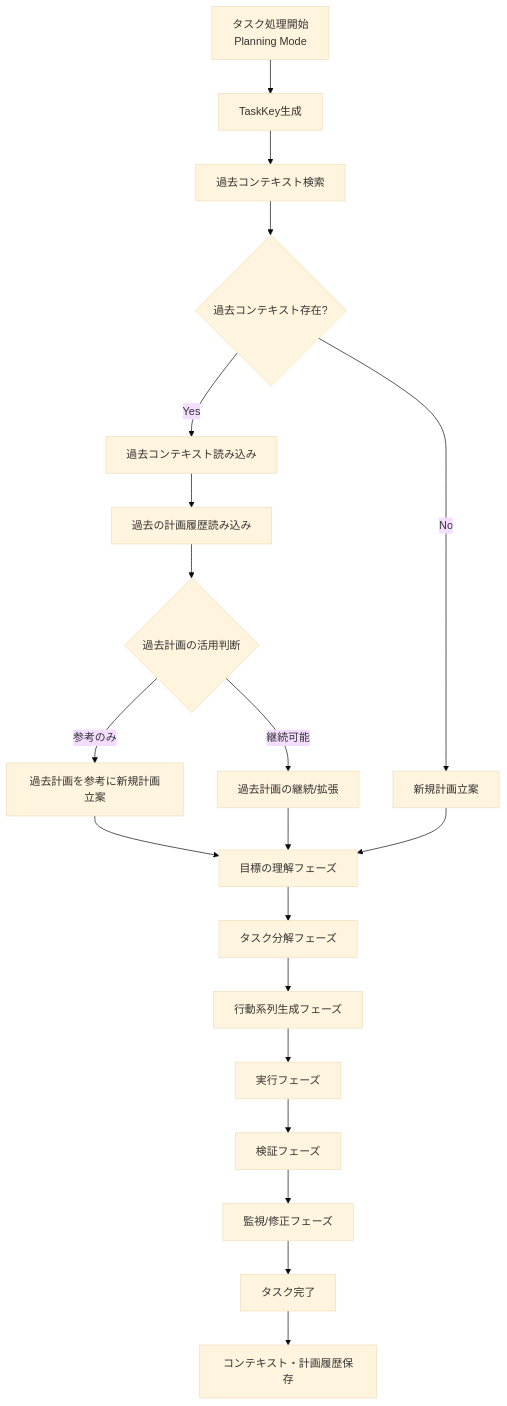
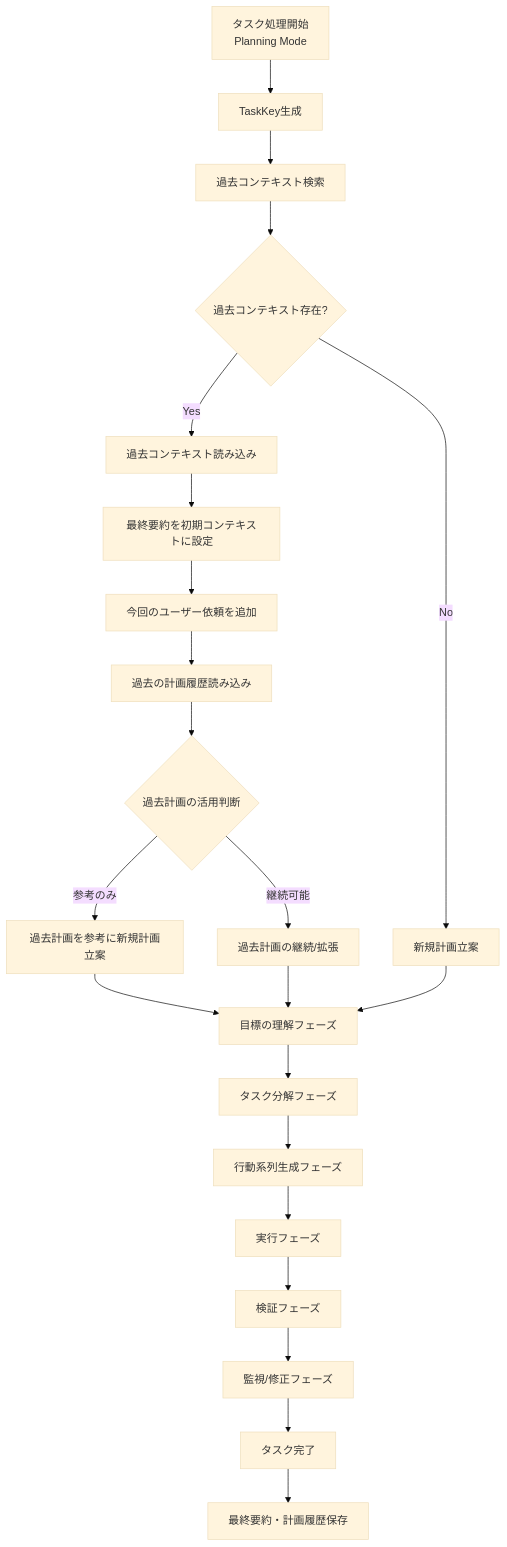
One commit to notfolder/coding_agent changed the third of 3 diagrams in docs/spec/CONTEXT_INHERITANCE_SPECIFICATION.md. Above: the diagram before and after it, drawn with Mermaid (base theme). The commit also changed other lines of this file, not shown here.

````diff
--- a/docs/spec/CONTEXT_INHERITANCE_SPECIFICATION.md
+++ b/docs/spec/CONTEXT_INHERITANCE_SPECIFICATION.md
@@ -429,22 +299,24 @@
 ```mermaid
 flowchart TD
     A[タスク処理開始<br/>Planning Mode] --> B[TaskKey生成]
     B --> C[過去コンテキスト検索]
     C --> D{過去コンテキスト存在?}
     D -->|No| E[新規計画立案]
     D -->|Yes| F[過去コンテキスト読み込み]
-    F --> G[過去の計画履歴読み込み]
-    G --> H{過去計画の活用判断}
-    H -->|参考のみ| I[過去計画を参考に新規計画立案]
-    H -->|継続可能| J[過去計画の継続/拡張]
-    I --> K[目標の理解フェーズ]
-    J --> K
-    E --> K
-    K --> L[タスク分解フェーズ]
-    L --> M[行動系列生成フェーズ]
-    M --> N[実行フェーズ]
-    N --> O[検証フェーズ]
-    O --> P[監視/修正フェーズ]
-    P --> Q[タスク完了]
-    Q --> R[コンテキスト・計画履歴保存]
+    F --> G[最終要約を初期コンテキストに設定]
+    G --> H[今回のユーザー依頼を追加]
+    H --> I[過去の計画履歴読み込み]
+    I --> J{過去計画の活用判断}
+    J -->|参考のみ| K[過去計画を参考に新規計画立案]
+    J -->|継続可能| L[過去計画の継続/拡張]
+    K --> M[目標の理解フェーズ]
+    L --> M
+    E --> M
+    M --> N[タスク分解フェーズ]
+    N --> O[行動系列生成フェーズ]
+    O --> P[実行フェーズ]
+    P --> Q[検証フェーズ]
+    Q --> R[監視/修正フェーズ]
+    R --> S[タスク完了]
+    S --> T[最終要約・計画履歴保存]
 ```
````
